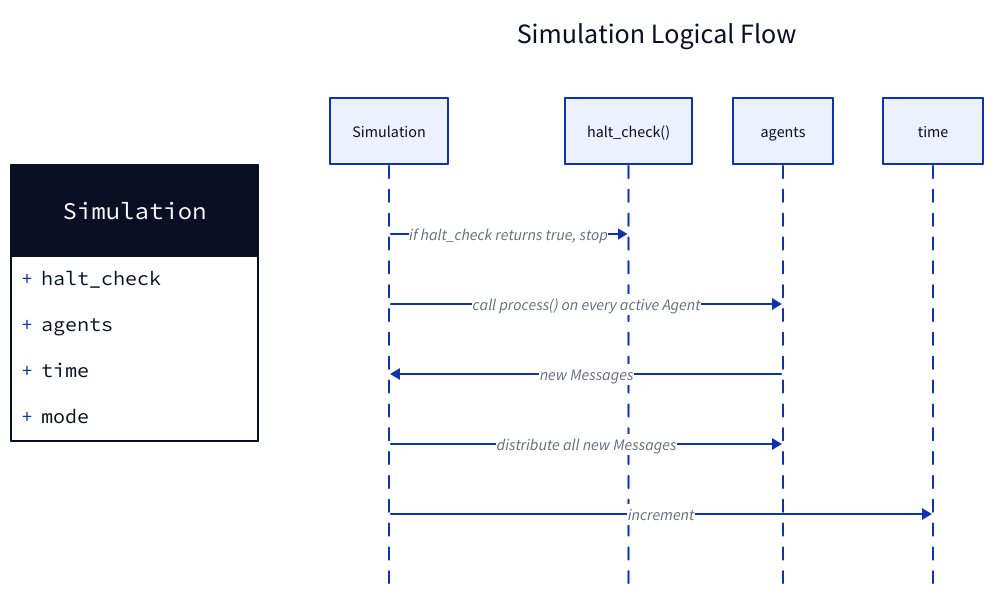
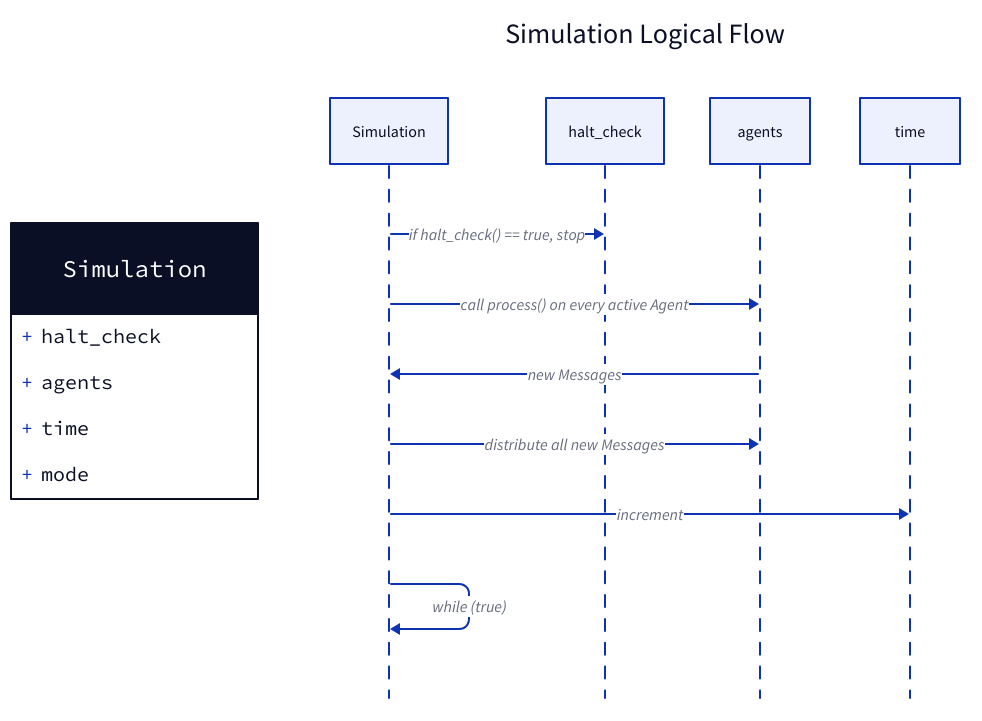
One commit to jmqd/simul changed the diagram in diagrams/control_flow.d2. Above: the diagram before and after it, drawn with D2. The commit also changed 1 other file, not shown here.

Commit message:
Update control_flow simulation

```diff
--- a/diagrams/control_flow.d2
+++ b/diagrams/control_flow.d2
@@ -1,19 +1,21 @@
 Simulation: {
   shape: class
 
   halt_check
   agents
   time
   mode
 }
 
 Simulation Logical Flow: {
   shape: sequence_diagram
 
-  Simulation -> halt_check(): if halt_check returns true, stop
+  Simulation -> halt_check: "if halt_check() == true, stop"
   Simulation -> agents: call process() on every active Agent
   agents -> Simulation: new Messages
   Simulation -> agents: distribute all new Messages
 
   Simulation -> time: increment
+
+  Simulation -> Simulation: "while (true)"
 }
```
